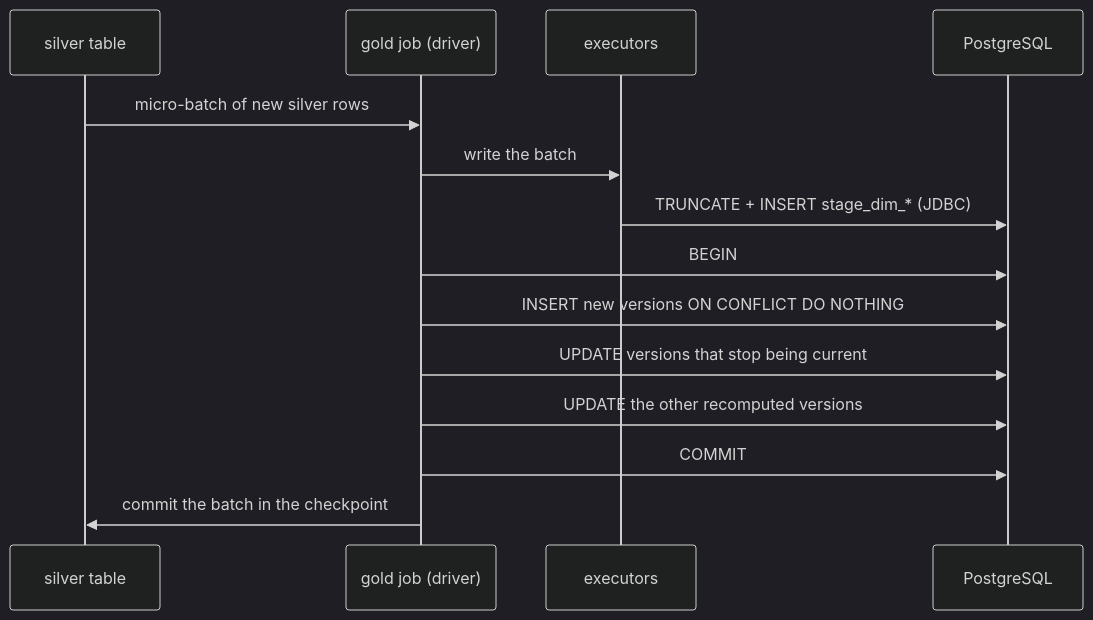
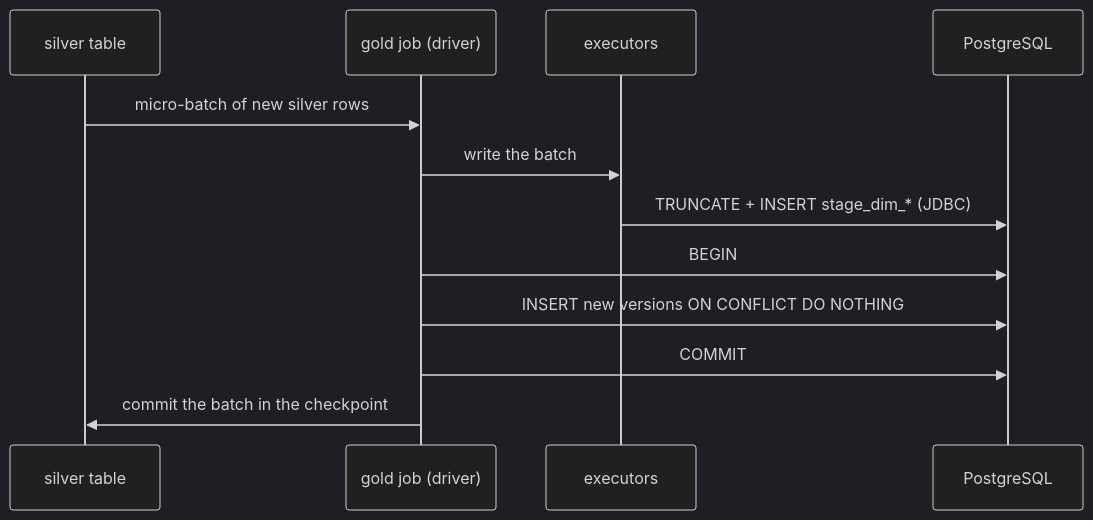
One commit to jonathan5p/deel-home-task changed the second of 2 diagrams in docs/architecture/gold-model.md. Above: the diagram before and after it, drawn with Mermaid (dark theme). The commit also changed other lines of this file and 20 other files, not shown here.

````diff
--- a/docs/architecture/gold-model.md
+++ b/docs/architecture/gold-model.md
@@ -229,16 +228,14 @@
 ```mermaid
 sequenceDiagram
     participant S as silver table
     participant J as gold job (driver)
     participant X as executors
     participant P as PostgreSQL
     S->>J: micro-batch of new silver rows
     J->>X: write the batch
     X->>P: TRUNCATE + INSERT stage_dim_* (JDBC)
     J->>P: BEGIN
     J->>P: INSERT new versions ON CONFLICT DO NOTHING
-    J->>P: UPDATE versions that stop being current
-    J->>P: UPDATE the other recomputed versions
     J->>P: COMMIT
     J->>S: commit the batch in the checkpoint
 ```
````
